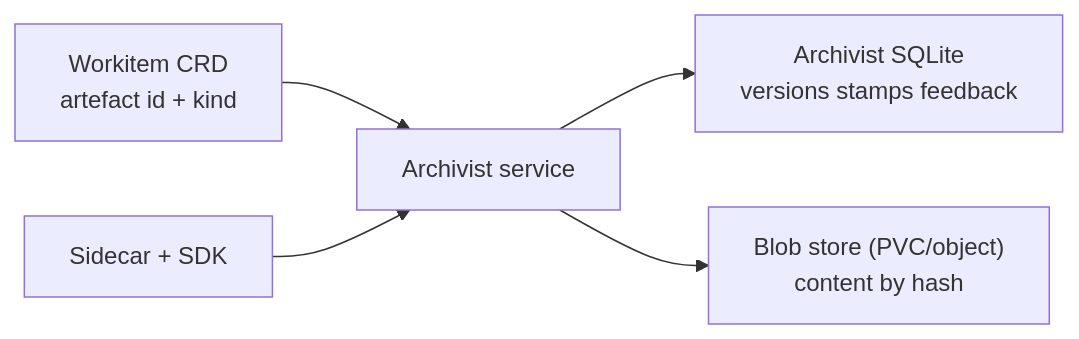
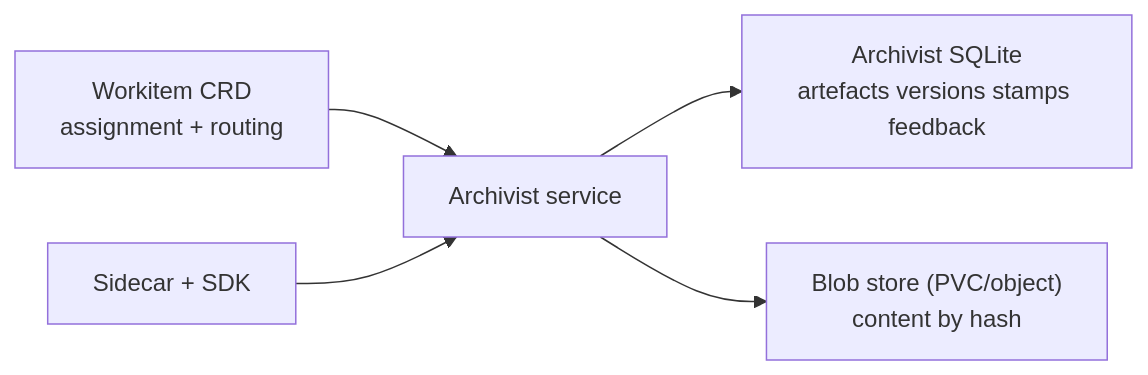
The second of 4 diagrams in 02-flow/04-system-services.md (really-knows-ai/gideas), drawn with Mermaid before and after one commit. The commit also changed other lines of this file and 12 other files, not shown here.

First line of the commit message:
Refactor Workitem and Archivist interactions for improved artefact management

````diff
--- a/02-flow/04-system-services.md
+++ b/02-flow/04-system-services.md
@@ -98,7 +98,7 @@
 ```mermaid
 flowchart LR
-    WI["Workitem CRD<br/>artefact id + kind"] --> ARS["Archivist service"]
+    WI["Workitem CRD<br/>assignment + routing"] --> ARS["Archivist service"]
     SC["Sidecar + SDK"] --> ARS
-    ARS --> SQ["Archivist SQLite<br/>versions stamps feedback"]
+    ARS --> SQ["Archivist SQLite<br/>artefacts versions stamps feedback"]
     ARS --> BL["Blob store (PVC/object)<br/>content by hash"]
 ```
````
